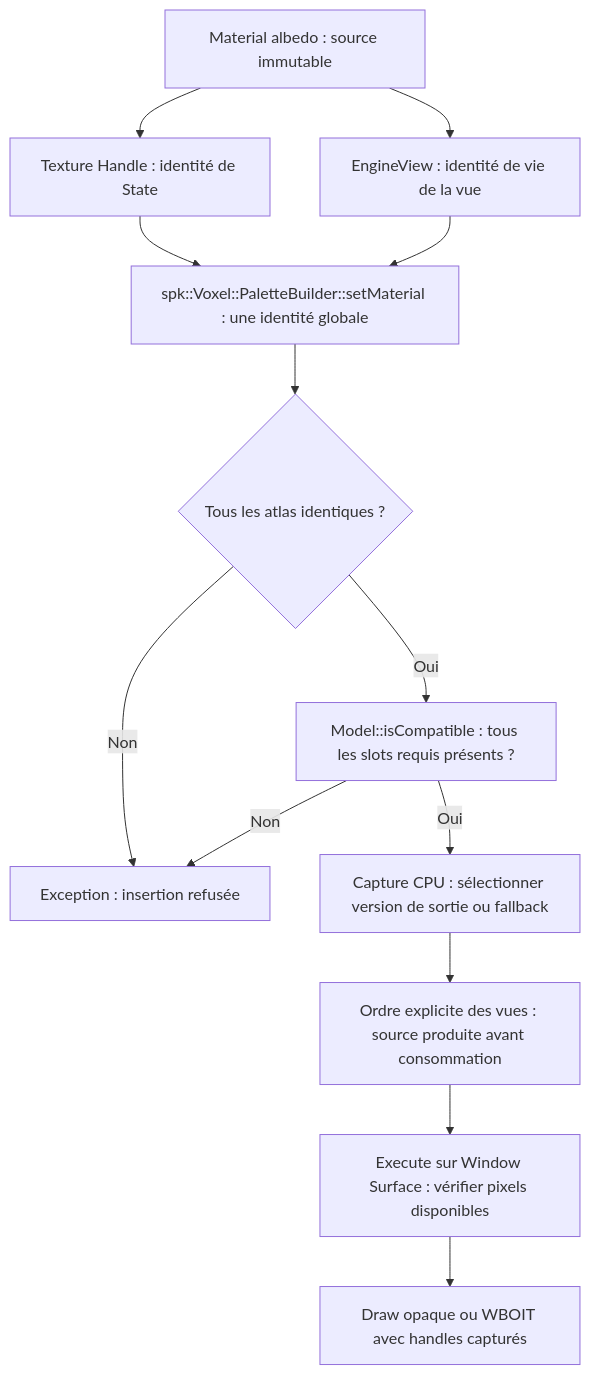
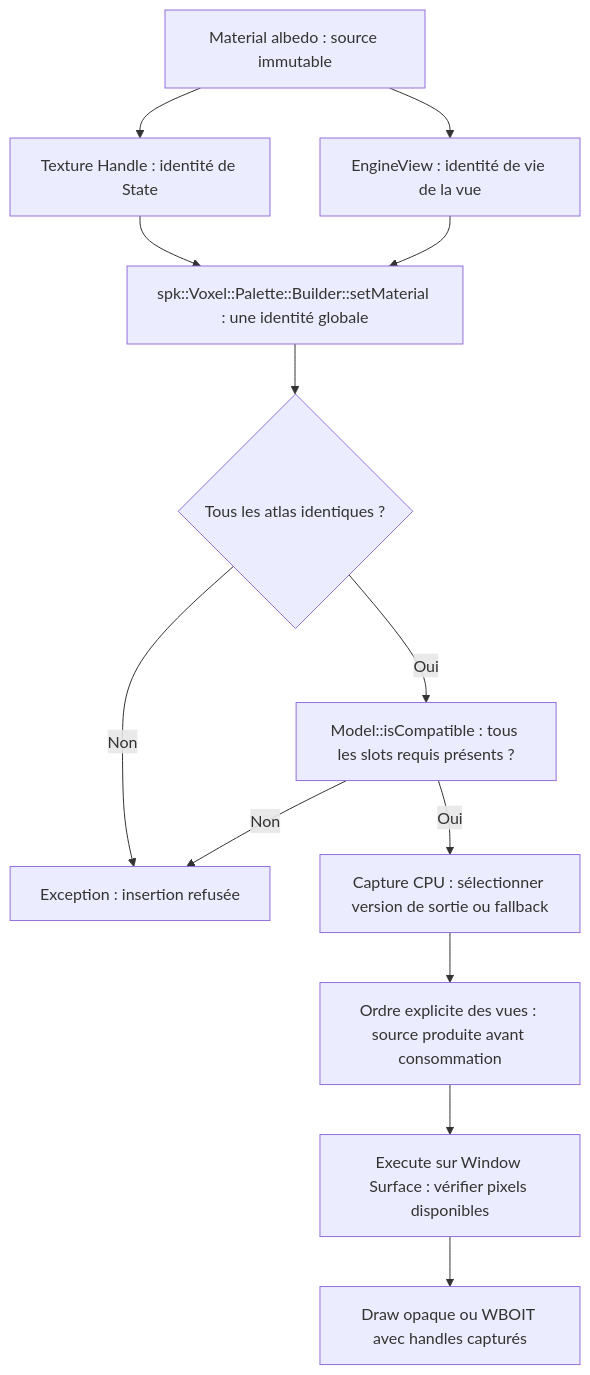
Before and after one commit to EreliaStudio/Sparkle: the third of 3 diagrams in docs/voxel-engine-v0.1.4/04-materiaux-textures-palettes.md, drawn with Mermaid. The commit also changed other lines of this file, not shown here.

Commit message:
PR-07: document namespace Voxel::Palette::Builder and validation at insertion

````diff
--- a/docs/voxel-engine-v0.1.4/04-materiaux-textures-palettes.md
+++ b/docs/voxel-engine-v0.1.4/04-materiaux-textures-palettes.md
@@ -245,15 +245,15 @@
 ```mermaid
 flowchart TD
   Role["Material albedo : source immutable"] --> Static["Texture Handle : identité de State"]
   Role --> View["EngineView : identité de vie de la vue"]
-  Static --> Check["spk::Voxel::PaletteBuilder::setMaterial : une identité globale"]
+  Static --> Check["spk::Voxel::Palette::Builder::setMaterial : une identité globale"]
   View --> Check
   Check --> Compatible{"Tous les atlas identiques ?"}
   Compatible -->|Non| Error["Exception : insertion refusée"]
   Compatible -->|Oui| Slots["Model::isCompatible : tous les slots requis présents ?"]
   Slots -->|Non| Error
   Slots -->|Oui| Capture["Capture CPU : sélectionner version de sortie ou fallback"]
   Capture --> Order["Ordre explicite des vues : source produite avant consommation"]
   Order --> Surface["Execute sur Window Surface : vérifier pixels disponibles"]
   Surface --> Draw["Draw opaque ou WBOIT avec handles capturés"]
 ```
````
